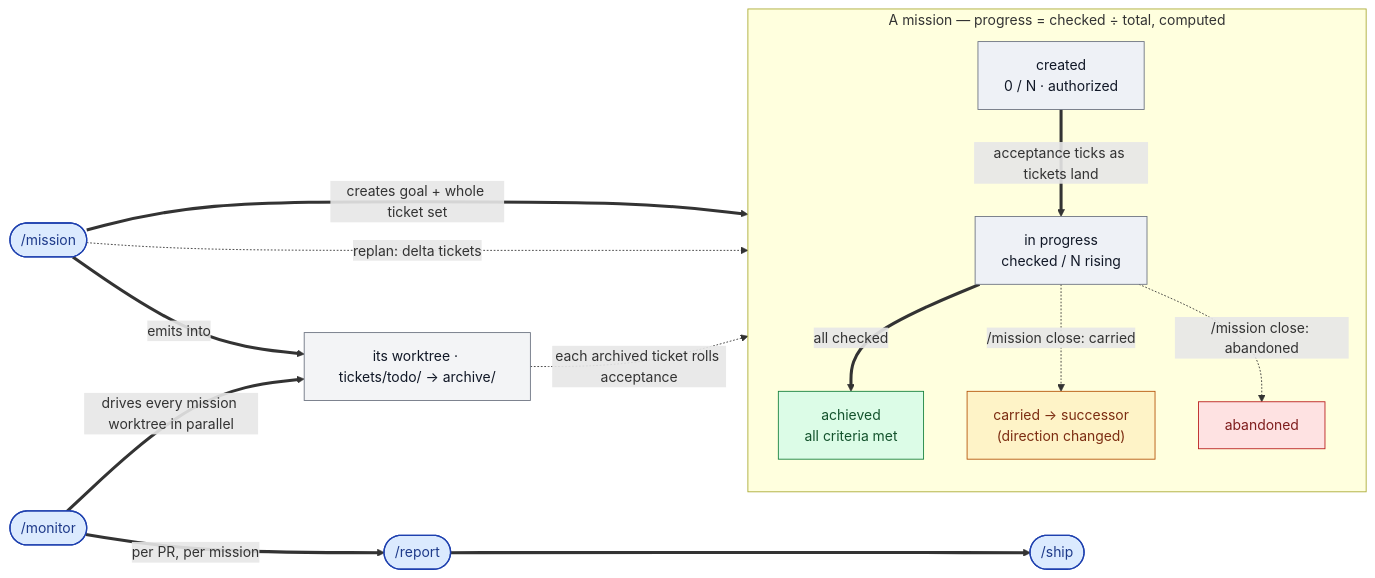
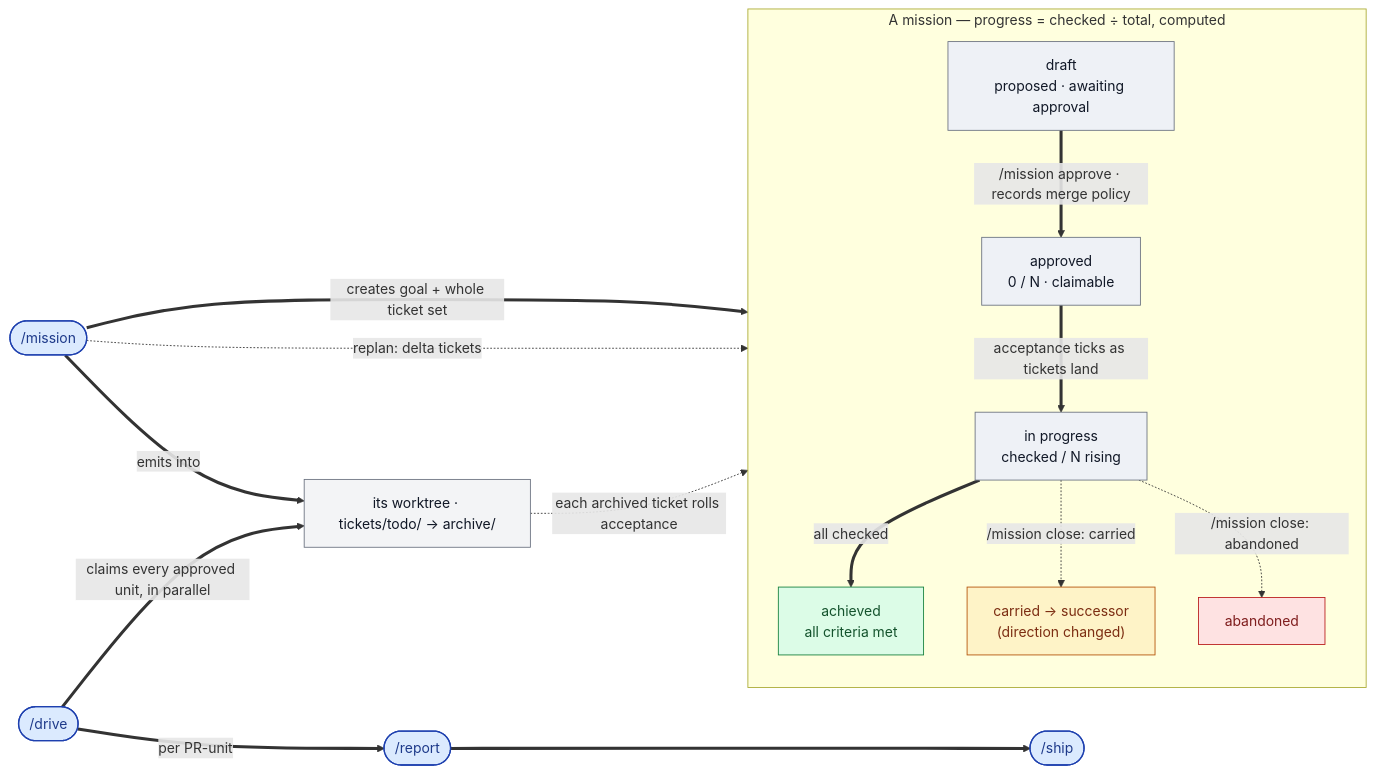
Before and after one commit to qmu/workaholic: the second of 5 diagrams in README.md, drawn with Mermaid. The commit also changed other lines of this file and 105 other files, not shown here.

````diff
--- a/README.md
+++ b/README.md
@@ -213,43 +208,45 @@
 ```mermaid
 flowchart LR
   mission(["/mission"])
-  monitor(["/monitor"])
+  drive(["/drive"])
   report(["/report"])
   ship(["/ship"])
 
   subgraph MISSION["A mission — progress = checked ÷ total, computed"]
     direction TB
-    created["created<br/>0 / N · authorized"]
+    draft["draft<br/>proposed · awaiting approval"]
+    approved["approved<br/>0 / N · claimable"]
     inprogress["in progress<br/>checked / N rising"]
     achieved["achieved<br/>all criteria met"]
     carried["carried → successor<br/>(direction changed)"]
     abandoned["abandoned"]
-    created ==>|acceptance ticks as tickets land| inprogress
+    draft ==>|"/mission approve · records merge policy"| approved
+    approved ==>|acceptance ticks as tickets land| inprogress
     inprogress ==>|all checked| achieved
     inprogress -.->|"/mission close: carried"| carried
     inprogress -.->|"/mission close: abandoned"| abandoned
   end
 
   queue["its worktree · tickets/todo/ → archive/"]
 
-  mission ==>|creates goal + whole ticket set| created
+  mission ==>|creates goal + whole ticket set| draft
   mission ==>|emits into| queue
   mission -.->|replan: delta tickets| inprogress
-  monitor ==>|drives every mission worktree in parallel| queue
+  drive ==>|claims every approved unit, in parallel| queue
   queue -.->|each archived ticket rolls acceptance| inprogress
-  monitor ==>|per PR, per mission| report
+  drive ==>|per PR-unit| report
   report ==> ship
 
   classDef cmd fill:#dbeafe,stroke:#1e40af,stroke-width:1.5px,color:#1e3a8a;
   classDef state fill:#eef1f6,stroke:#6b7280,color:#111827;
   classDef done fill:#dcfce7,stroke:#15803d,color:#14532d;
   classDef carry fill:#fef3c7,stroke:#b45309,color:#7c2d12;
   classDef drop fill:#fee2e2,stroke:#b91c1c,color:#7f1d1d;
   classDef art fill:#f3f4f6,stroke:#6b7280,color:#111827;
-  class mission,monitor,report,ship cmd;
-  class created,inprogress state;
+  class mission,drive,report,ship cmd;
+  class draft,approved,inprogress state;
   class achieved done;
   class carried carry;
   class abandoned drop;
   class queue art;
 ```
````
